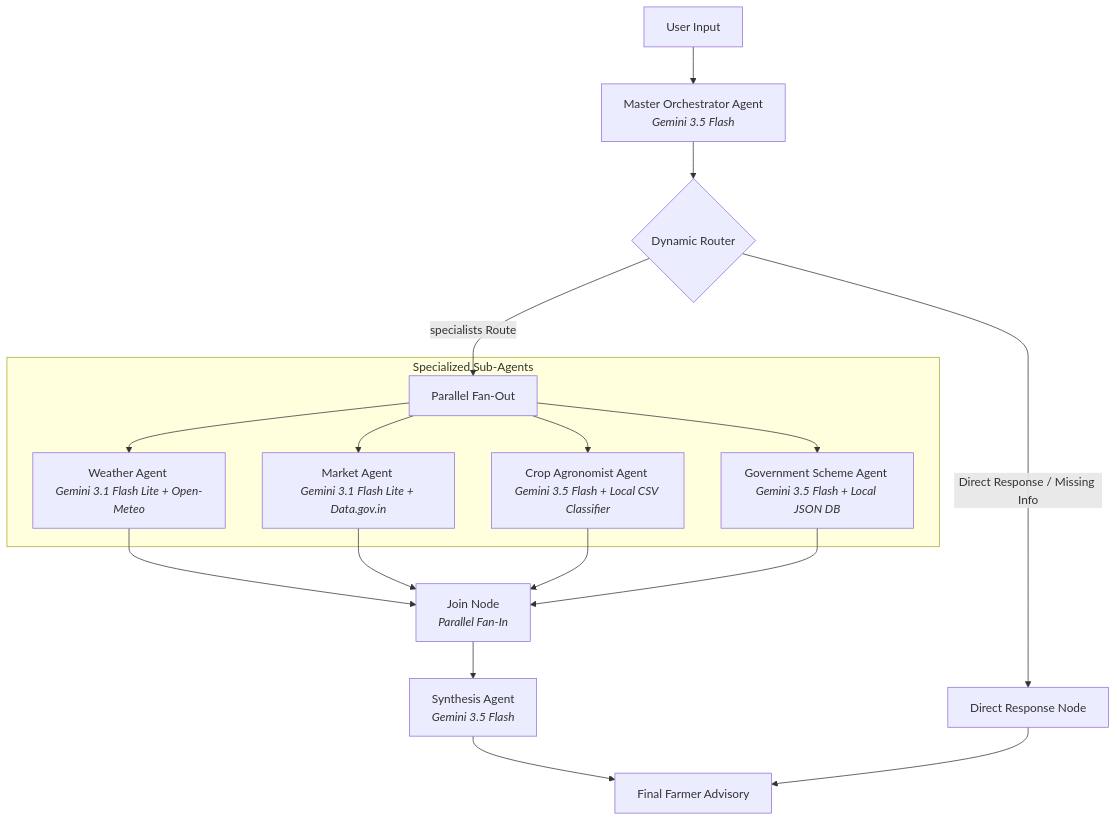
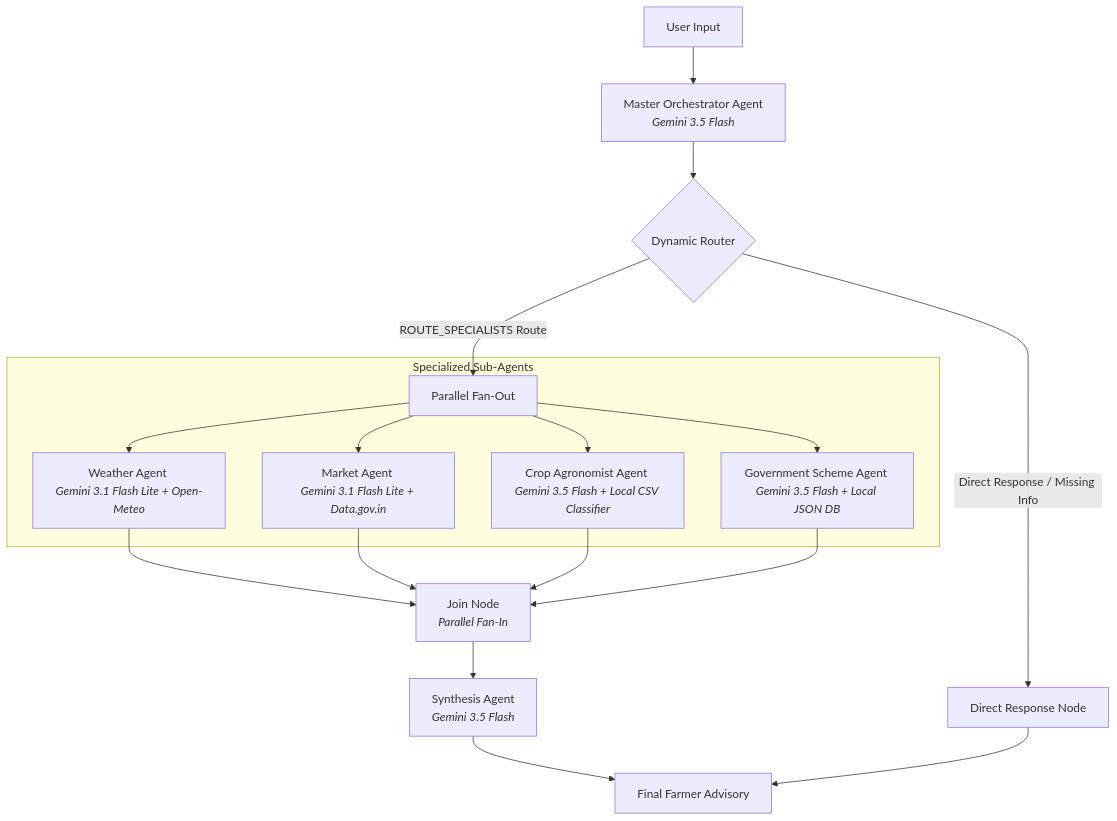
Before and after one commit to Joker-Bat/kisan-agent: the diagram in README.md, drawn with Mermaid. The commit also changed other lines of this file, not shown here.

````diff
--- a/README.md
+++ b/README.md
@@ -13,25 +11,25 @@
 ```mermaid
 graph TD
     START[User Input] --> Orch[Master Orchestrator Agent <br><i>Gemini 3.5 Flash</i>]
     Orch --> Router{Dynamic Router}
     
     Router -- Direct Response / Missing Info --> DirectNode[Direct Response Node]
-    Router -- specialists Route --> FanOut[Parallel Fan-Out]
+    Router -- ROUTE_SPECIALISTS Route --> FanOut[Parallel Fan-Out]
     
     subgraph Specialists [Specialized Sub-Agents]
         FanOut --> Weather[Weather Agent <br><i>Gemini 3.1 Flash Lite + Open-Meteo</i>]
         FanOut --> Market[Market Agent <br><i>Gemini 3.1 Flash Lite + Data.gov.in</i>]
         FanOut --> Crop[Crop Agronomist Agent <br><i>Gemini 3.5 Flash + Local CSV Classifier</i>]
         FanOut --> Scheme[Government Scheme Agent <br><i>Gemini 3.5 Flash + Local JSON DB</i>]
     end
     
     Weather --> Join[Join Node <br><i>Parallel Fan-In</i>]
     Market --> Join
     Crop --> Join
     Scheme --> Join
     
     Join --> Synthesis[Synthesis Agent <br><i>Gemini 3.5 Flash</i>]
     
     Synthesis --> END[Final Farmer Advisory]
     DirectNode --> END
 ```
````
